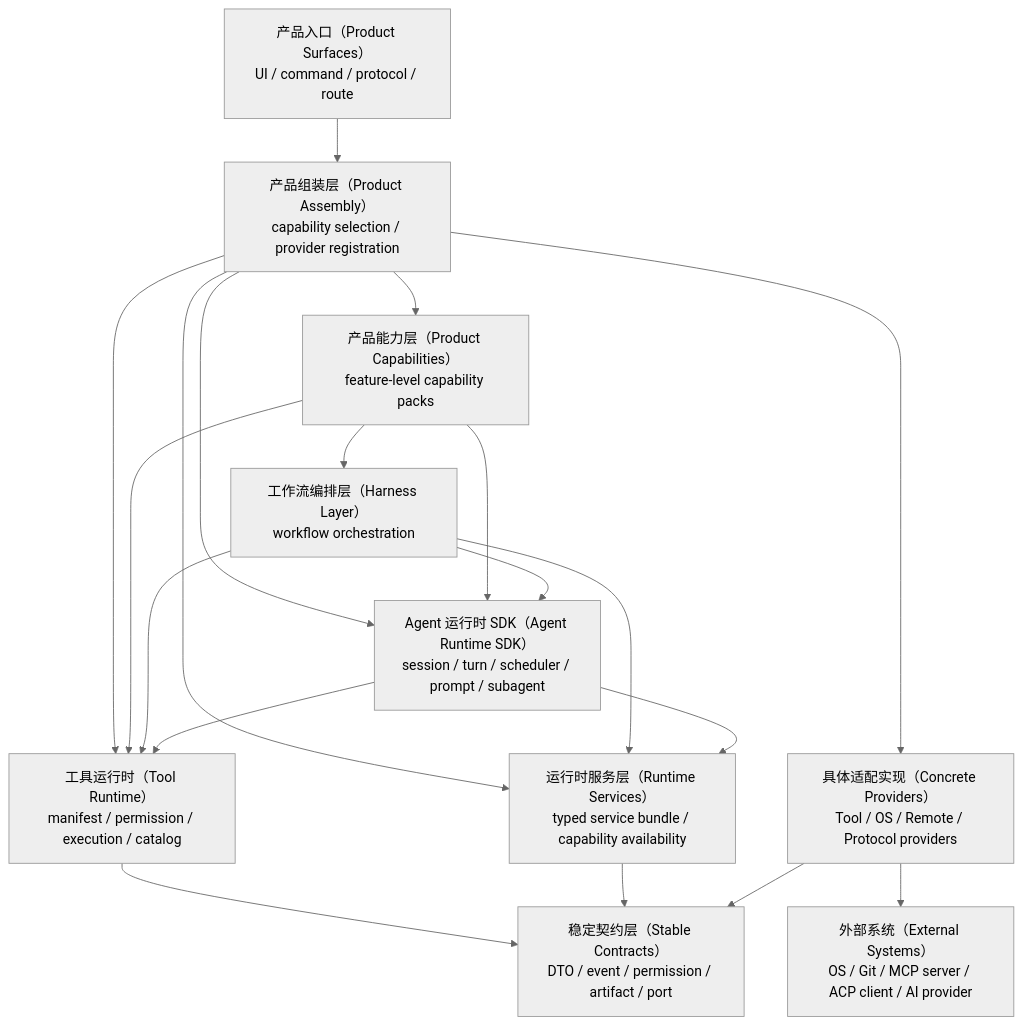
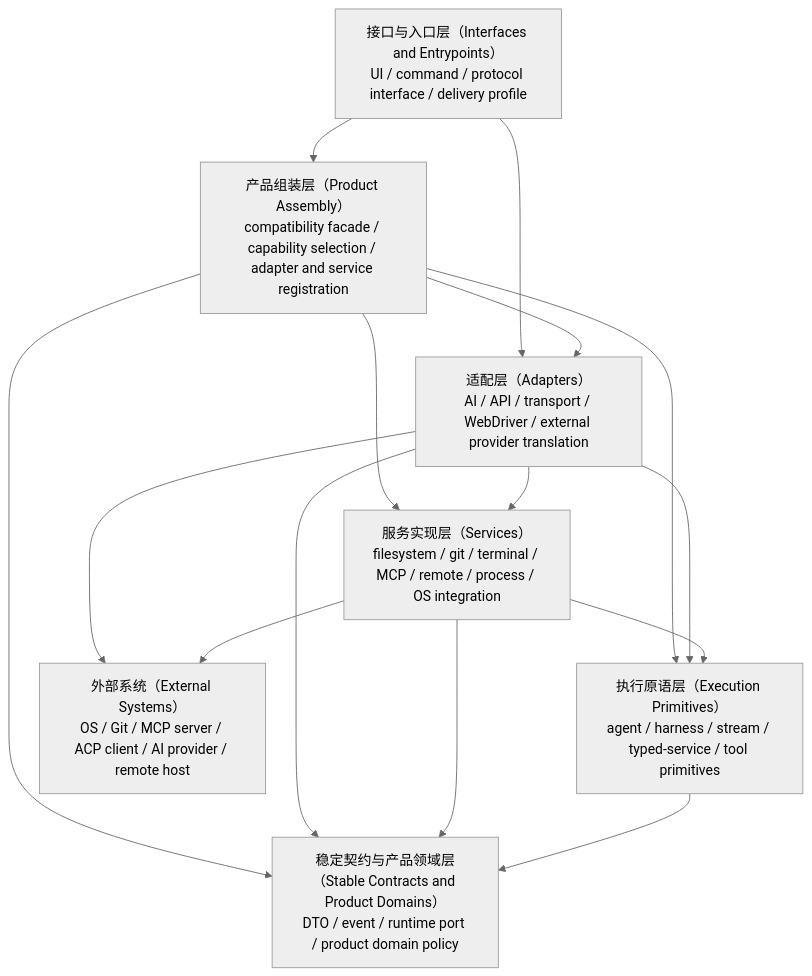
Before and after one commit to 1688mengdie/BitFun: the second of 3 diagrams in docs/architecture/core-decomposition.md, drawn with Mermaid (neutral theme). The commit also changed other lines of this file and 1131 other files, not shown here.

````diff
--- a/docs/architecture/core-decomposition.md
+++ b/docs/architecture/core-decomposition.md
@@ -187,32 +187,25 @@
 ```mermaid
 flowchart TB
-  Surface["产品入口（Product Surfaces）<br/>UI / command / protocol / route"]
-  Assembly["产品组装层（Product Assembly）<br/>capability selection / provider registration"]
-  Capabilities["产品能力层（Product Capabilities）<br/>feature-level capability packs"]
-  Harness["工作流编排层（Harness Layer）<br/>workflow orchestration"]
-  AgentRuntime["Agent 运行时 SDK（Agent Runtime SDK）<br/>session / turn / scheduler / prompt / subagent"]
-  ToolRuntime["工具运行时（Tool Runtime）<br/>manifest / permission / execution / catalog"]
-  RuntimeServices["运行时服务层（Runtime Services）<br/>typed service bundle / capability availability"]
-  Integrations["具体适配实现（Concrete Providers）<br/>Tool / OS / Remote / Protocol providers"]
-  Contracts["稳定契约层（Stable Contracts）<br/>DTO / event / permission / artifact / port"]
-  External["外部系统（External Systems）<br/>OS / Git / MCP server / ACP client / AI provider"]
+  Interfaces["接口与入口层（Interfaces and Entrypoints）<br/>UI / command / protocol interface / delivery profile"]
+  Assembly["产品组装层（Product Assembly）<br/>compatibility facade / capability selection / adapter and service registration"]
+  Adapters["适配层（Adapters）<br/>AI / API / transport / WebDriver / external provider translation"]
+  Services["服务实现层（Services）<br/>filesystem / git / terminal / MCP / remote / process / OS integration"]
+  Execution["执行原语层（Execution Primitives）<br/>agent / harness / stream / typed-service / tool primitives"]
+  Contracts["稳定契约与产品领域层（Stable Contracts and Product Domains）<br/>DTO / event / runtime port / product domain policy"]
+  External["外部系统（External Systems）<br/>OS / Git / MCP server / ACP client / AI provider / remote host"]
 
-  Surface --> Assembly
-  Assembly --> Capabilities
-  Assembly --> AgentRuntime
-  Assembly --> ToolRuntime
-  Assembly --> RuntimeServices
-  Assembly --> Integrations
-  Capabilities --> Harness
-  Capabilities --> AgentRuntime
-  Capabilities --> ToolRuntime
-  Harness --> AgentRuntime
-  Harness --> ToolRuntime
-  Harness --> RuntimeServices
-  AgentRuntime --> ToolRuntime
-  AgentRuntime --> RuntimeServices
-  ToolRuntime --> Contracts
-  RuntimeServices --> Contracts
-  Integrations --> Contracts
-  Integrations --> External
+  Interfaces --> Assembly
+  Interfaces --> Adapters
+  Assembly --> Adapters
+  Assembly --> Services
+  Assembly --> Execution
+  Assembly --> Contracts
+  Adapters --> Services
+  Adapters --> Execution
+  Adapters --> Contracts
+  Services --> Execution
+  Services --> Contracts
+  Execution --> Contracts
+  Adapters --> External
+  Services --> External
 ```
````
